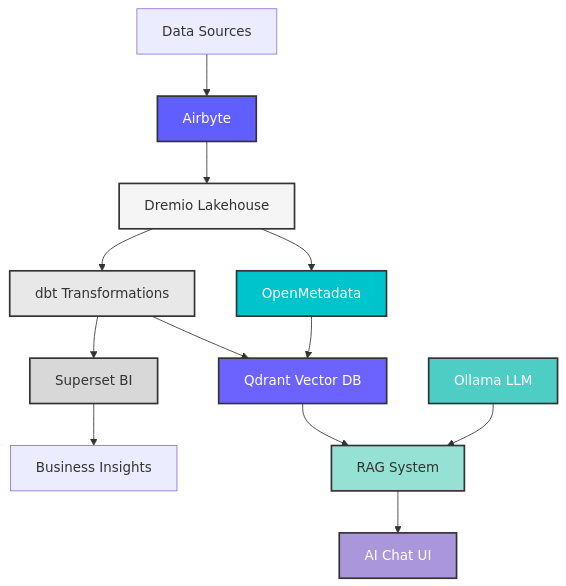
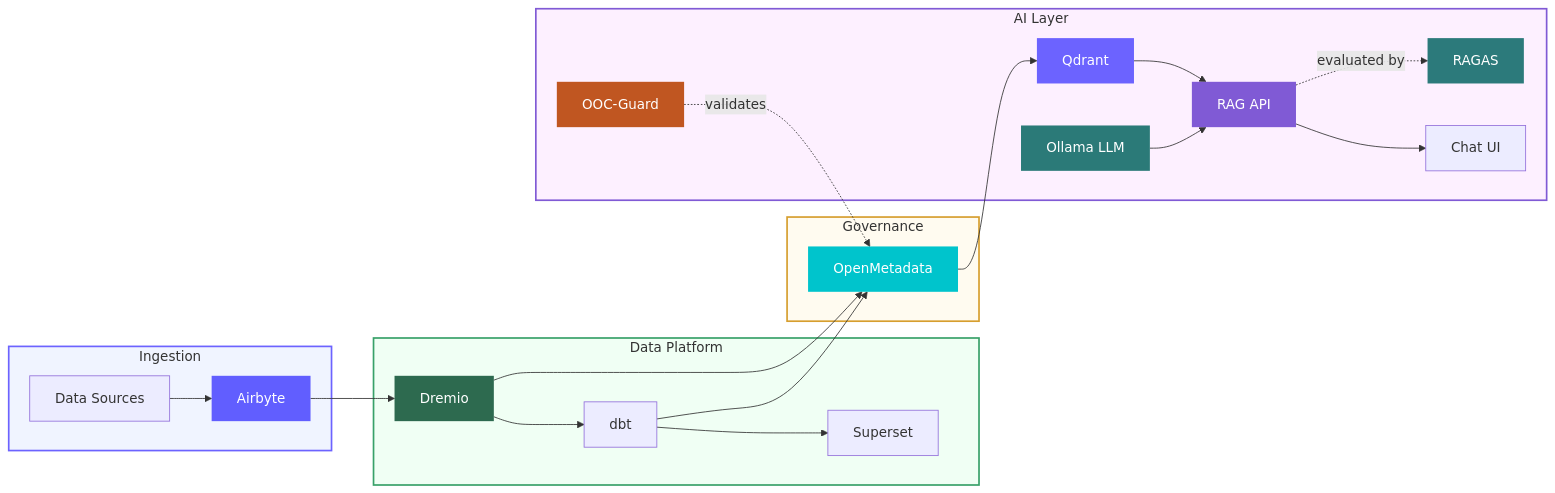
The diagram in README.md (Monsau/ArcaP), drawn with Mermaid before and after one commit. The commit also changed other lines of this file, not shown here.

Commit message:
docs: v4.3.0 README - clean diagram, remove emojis, add OLM-Guard/RAGAS/OOC-Guard entries

````diff
--- a/README.md
+++ b/README.md
@@ -38,25 +38,39 @@
 ```mermaid
-graph TB
-    A[Data Sources] --> B[Airbyte]
-    B --> C[Dremio Lakehouse]
-    C --> D[dbt Transformations]
-    D --> E[Superset BI]
-    E --> F[Business Insights]
+flowchart LR
+    subgraph INGEST["Ingestion"]
+        A[Data Sources] --> B[Airbyte]
+    end
 
-    C --> G[OpenMetadata]
-    G --> H[Qdrant Vector DB]
-    D --> H
-    H --> I[RAG System]
-    J[Ollama LLM] --> I
-    I --> K[AI Chat UI]
+    subgraph PLATFORM["Data Platform"]
+        B --> C[Dremio]
+        C --> D[dbt]
+        D --> E[Superset]
+    end
 
-    style B fill:#615EFF,color:#fff,stroke:#333,stroke-width:2px
-    style C fill:#f5f5f5,stroke:#333,stroke-width:2px
-    style D fill:#e8e8e8,stroke:#333,stroke-width:2px
-    style E fill:#d8d8d8,stroke:#333,stroke-width:2px
-    style G fill:#00C4CC,color:#fff,stroke:#333,stroke-width:2px
-    style H fill:#6C63FF,color:#fff,stroke:#333,stroke-width:2px
-    style J fill:#4ECDC4,color:#fff,stroke:#333,stroke-width:2px
-    style I fill:#95E1D3,stroke:#333,stroke-width:2px
-    style K fill:#AA96DA,color:#fff,stroke:#333,stroke-width:2px
+    subgraph GOVERN["Governance"]
+        C --> G[OpenMetadata]
+        D --> G
+    end
+
+    subgraph AI["AI Layer"]
+        G --> H[Qdrant]
+        J[Ollama LLM] --> I[RAG API]
+        H --> I
+        I --> K[Chat UI]
+        L[OOC-Guard] -. validates .-> G
+        I -. evaluated by .-> M[RAGAS]
+    end
+
+    style INGEST fill:#f0f4ff,stroke:#6C63FF,stroke-width:2px
+    style PLATFORM fill:#f0fff4,stroke:#38a169,stroke-width:2px
+    style GOVERN fill:#fffbf0,stroke:#d69e2e,stroke-width:2px
+    style AI fill:#fdf0ff,stroke:#805ad5,stroke-width:2px
+    style B fill:#615EFF,color:#fff,stroke:none
+    style C fill:#2d6a4f,color:#fff,stroke:none
+    style G fill:#00C4CC,color:#fff,stroke:none
+    style H fill:#6C63FF,color:#fff,stroke:none
+    style J fill:#2b7a78,color:#fff,stroke:none
+    style I fill:#805ad5,color:#fff,stroke:none
+    style L fill:#c05621,color:#fff,stroke:none
+    style M fill:#2c7a7b,color:#fff,stroke:none
 ```
````
